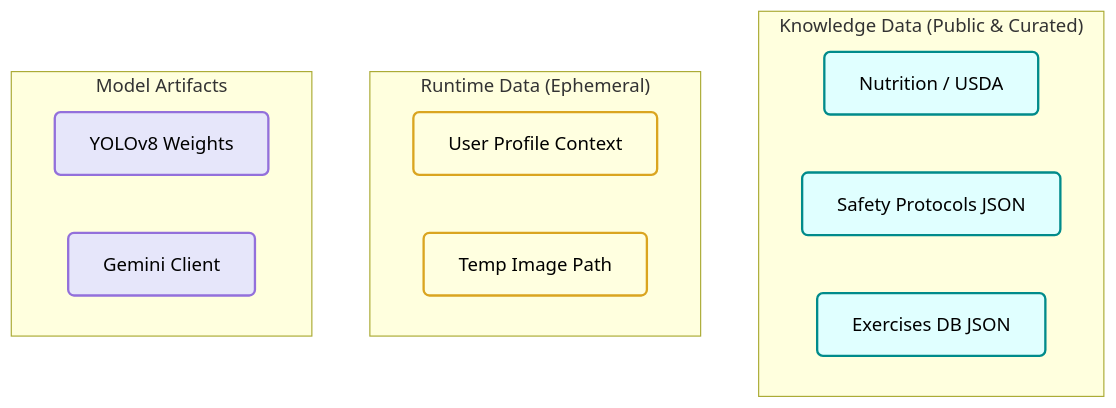
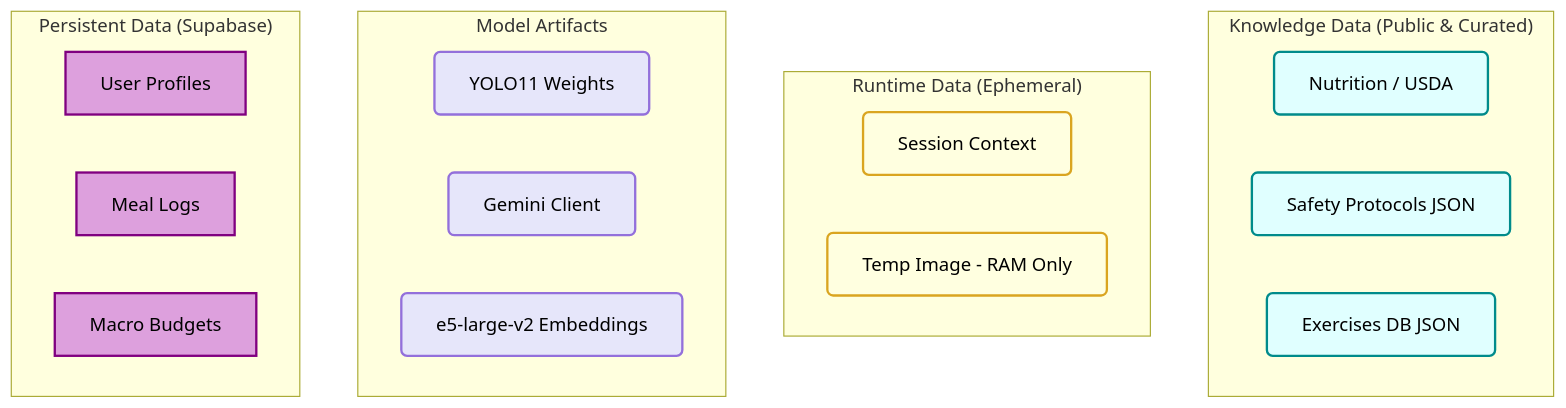
One commit to kevinhust/capstonetest changed the diagram in docs/engineering/explanation/L3-Data-Architecture.md. Above: the diagram before and after it, drawn with Mermaid. The commit also changed other lines of this file and 43 other files, not shown here.

````diff
--- a/docs/engineering/explanation/L3-Data-Architecture.md
+++ b/docs/engineering/explanation/L3-Data-Architecture.md
@@ -30,23 +32,31 @@
 ```mermaid
 graph TB
     %% Styles
     classDef know fill:#E0FFFF,stroke:#008B8B,stroke-width:2px,color:black,rx:5,ry:5;
     classDef runtime fill:#FFFFE0,stroke:#DAA520,stroke-width:2px,color:black,rx:5,ry:5;
     classDef model fill:#E6E6FA,stroke:#9370DB,stroke-width:2px,color:black,rx:5,ry:5;
+    classDef persistent fill:#DDA0DD,stroke:#800080,stroke-width:2px,color:black,shape:cylinder;
 
     subgraph "Knowledge Data (Public & Curated)"
         NUT[Nutrition / USDA]:::know
         SAFE[Safety Protocols JSON]:::know
         EX[Exercises DB JSON]:::know
     end
-    
+
     subgraph "Runtime Data (Ephemeral)"
-        SES[User Profile Context]:::runtime
-        IMG[Temp Image Path]:::runtime
+        SES[Session Context]:::runtime
+        IMG[Temp Image - RAM Only]:::runtime
     end
-    
+
     subgraph "Model Artifacts"
-        YOLO[YOLOv8 Weights]:::model
+        YOLO[YOLO11 Weights]:::model
         GEM[Gemini Client]:::model
+        EMB[e5-large-v2 Embeddings]:::model
+    end
+
+    subgraph "Persistent Data (Supabase)"
+        PROFILES[User Profiles]:::persistent
+        LOGS[Meal Logs]:::persistent
+        BUDGETS[Macro Budgets]:::persistent
     end
 ```
````
